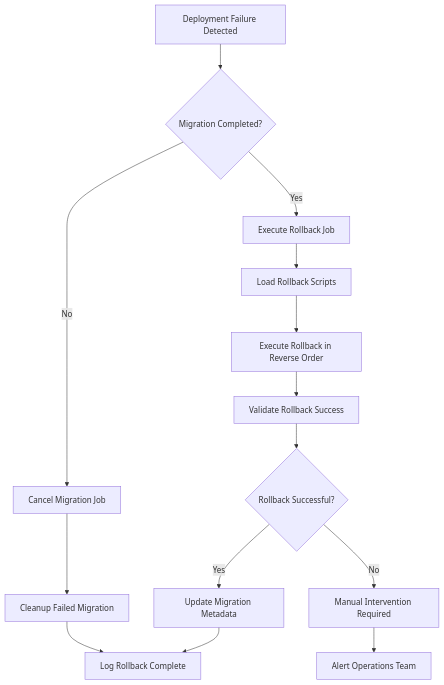
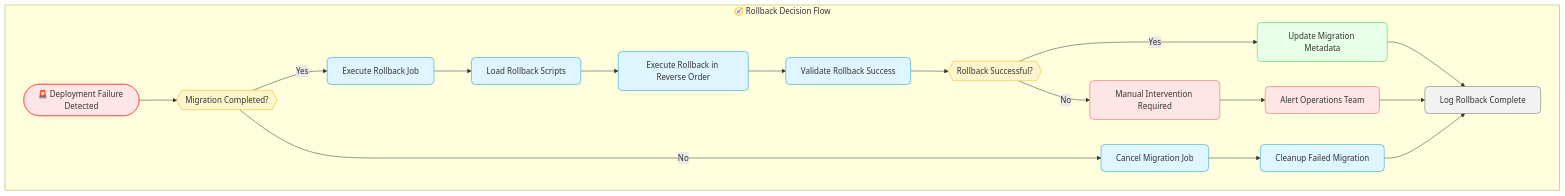
Before and after one commit to judebantony/e2e-k8s-installer: the second of 5 diagrams in DB_AUTOMATION.md, drawn with Mermaid.

Commit message:
Enhance rollback strategy flow diagram with styling and layout improvements

````diff
--- a/DB_AUTOMATION.md
+++ b/DB_AUTOMATION.md
@@ -128,20 +126,47 @@
 ```mermaid
-flowchart TD
-    A[Deployment Failure Detected] --> B{Migration Completed?}
-    B -->|Yes| C[Execute Rollback Job]
-    B -->|No| D[Cancel Migration Job]
+  flowchart TD
+    %% Styling and Layout Enhancements
+    classDef process fill:#dff5ff,stroke:#0099cc,stroke-width:1px,rx:8,ry:8;
+    classDef decision fill:#fff5cc,stroke:#e6b800,stroke-width:1px,rx:8,ry:8;
+    classDef action fill:#e8ffe8,stroke:#33cc33,stroke-width:1px,rx:8,ry:8;
+    classDef alert fill:#ffe6e6,stroke:#ff4d4d,stroke-width:1px,rx:8,ry:8;
+    classDef log fill:#f2f2f2,stroke:#666,stroke-width:1px,rx:8,ry:8;
     
-    C --> E[Load Rollback Scripts]
-    E --> F[Execute Rollback in Reverse Order]
-    F --> G[Validate Rollback Success]
-    G --> H{Rollback Successful?}
+    %% Flow
+    A([🚨 Deployment Failure Detected]):::alert --> B{{Migration Completed?}}:::decision
     
-    H -->|Yes| I[Update Migration Metadata]
-    H -->|No| J[Manual Intervention Required]
+    %% If Yes
+    B -->|Yes| C[Execute Rollback Job]:::process
+    C --> E[Load Rollback Scripts]:::process
+    E --> F[Execute Rollback in Reverse Order]:::process
+    F --> G[Validate Rollback Success]:::process
+    G --> H{{Rollback Successful?}}:::decision
+    H -->|Yes| I[Update Migration Metadata]:::action
+    H -->|No| J[Manual Intervention Required]:::alert
+    I --> K[Log Rollback Complete]:::log
+    J --> L[Alert Operations Team]:::alert
+    L --> K
     
-    I --> K[Log Rollback Complete]
-    J --> L[Alert Operations Team]
-    
-    D --> M[Cleanup Failed Migration]
+    %% If No
+    B -->|No| D[Cancel Migration Job]:::process
+    D --> M[Cleanup Failed Migration]:::process
     M --> K
+
+    %% Section Titles
+    subgraph sg1 ["🧭 Rollback Decision Flow"]
+        A
+        B
+        C
+        D
+        E
+        F
+        G
+        H
+        I
+        J
+        K
+        L
+        M
+    end
+
 ```
````
